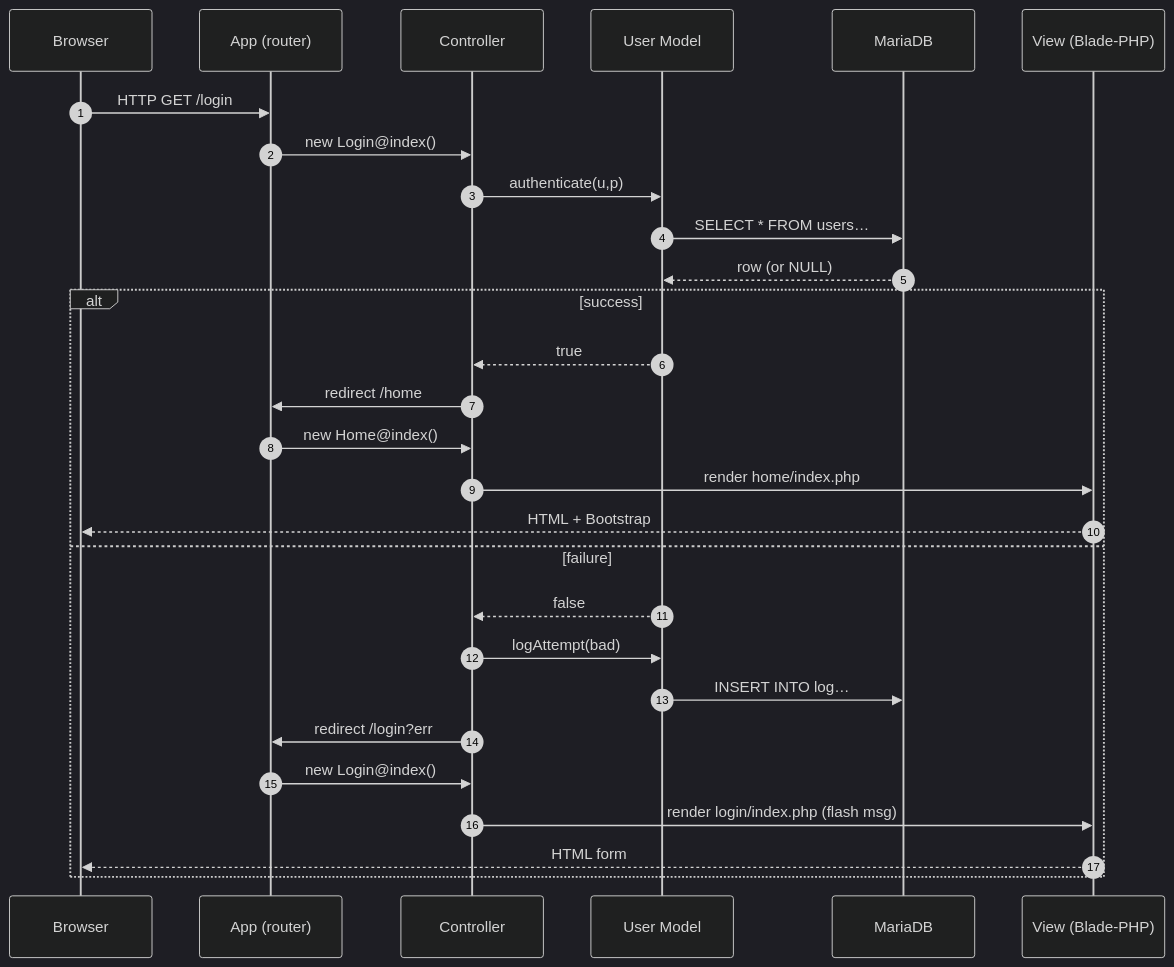
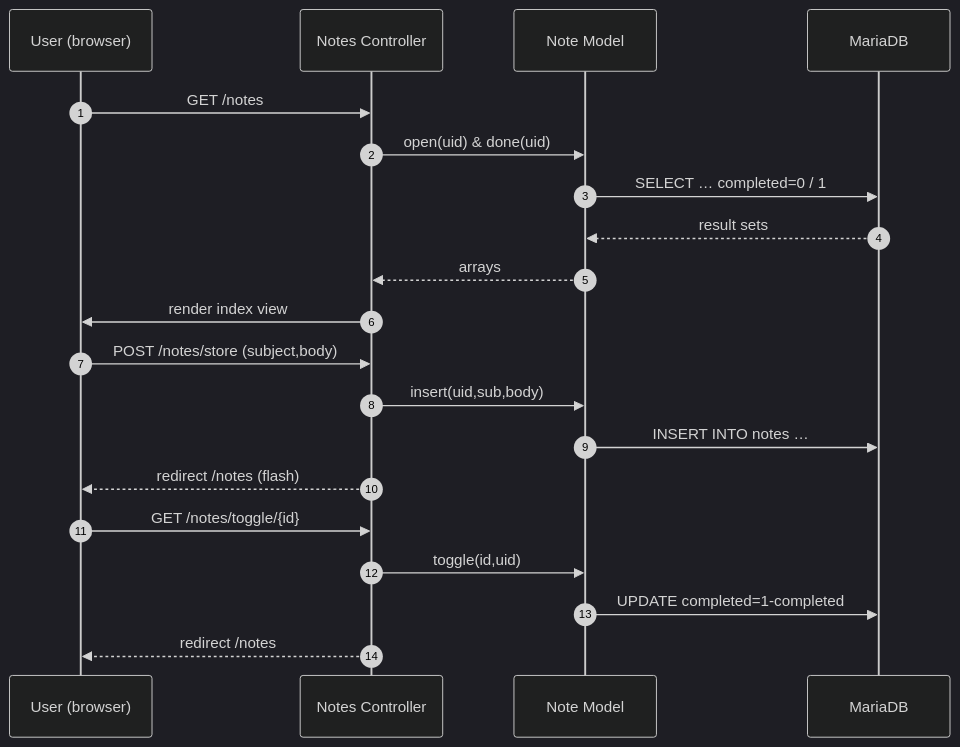
One commit to rahithahsan/Assignment4 changed the diagram in README.md. Above: the diagram before and after it, drawn with Mermaid (dark theme). The commit also changed other lines of this file, not shown here.

````diff
--- a/README.md
+++ b/README.md
@@ -47,32 +84,25 @@
 ```mermaid
-%%  COSC 4806 – Assignment 3  •  MVC Request Flow
 sequenceDiagram
     autonumber
-    participant Client as Browser
-    participant Router as App (router)
-    participant C as Controller
-    participant M as User Model
+    participant U as User (browser)
+    participant C as Notes Controller
+    participant M as Note Model
     participant DB as MariaDB
-    participant V as View (Blade-PHP)
 
-    Client->>Router: HTTP GET /login
-    Router->>C: new Login@index()
-    C->>M: authenticate(u,p)
-    M->>DB: SELECT * FROM users…
-    DB-->>M: row (or NULL)
-    alt success
-        M-->>C: true
-        C->>Router: redirect /home
-        Router->>C: new Home@index()
-        C->>V: render home/index.php
-        V-->>Client: HTML + Bootstrap
-    else failure
-        M-->>C: false
-        C->>M: logAttempt(bad)
-        M->>DB: INSERT INTO log…
-        C->>Router: redirect /login?err
-        Router->>C: new Login@index()
-        C->>V: render login/index.php (flash msg)
-        V-->>Client: HTML form
-    end
+    U->>C: GET /notes
+    C->>M: open(uid) & done(uid)
+    M->>DB: SELECT … completed=0 / 1
+    DB-->>M: result sets
+    M-->>C: arrays
+    C->>U: render index view
+
+    U->>C: POST /notes/store (subject,body)
+    C->>M: insert(uid,sub,body)
+    M->>DB: INSERT INTO notes …
+    C-->>U: redirect /notes (flash)
+
+    U->>C: GET /notes/toggle/{id}
+    C->>M: toggle(id,uid)
+    M->>DB: UPDATE completed=1-completed
+    C-->>U: redirect /notes
 ```
````
